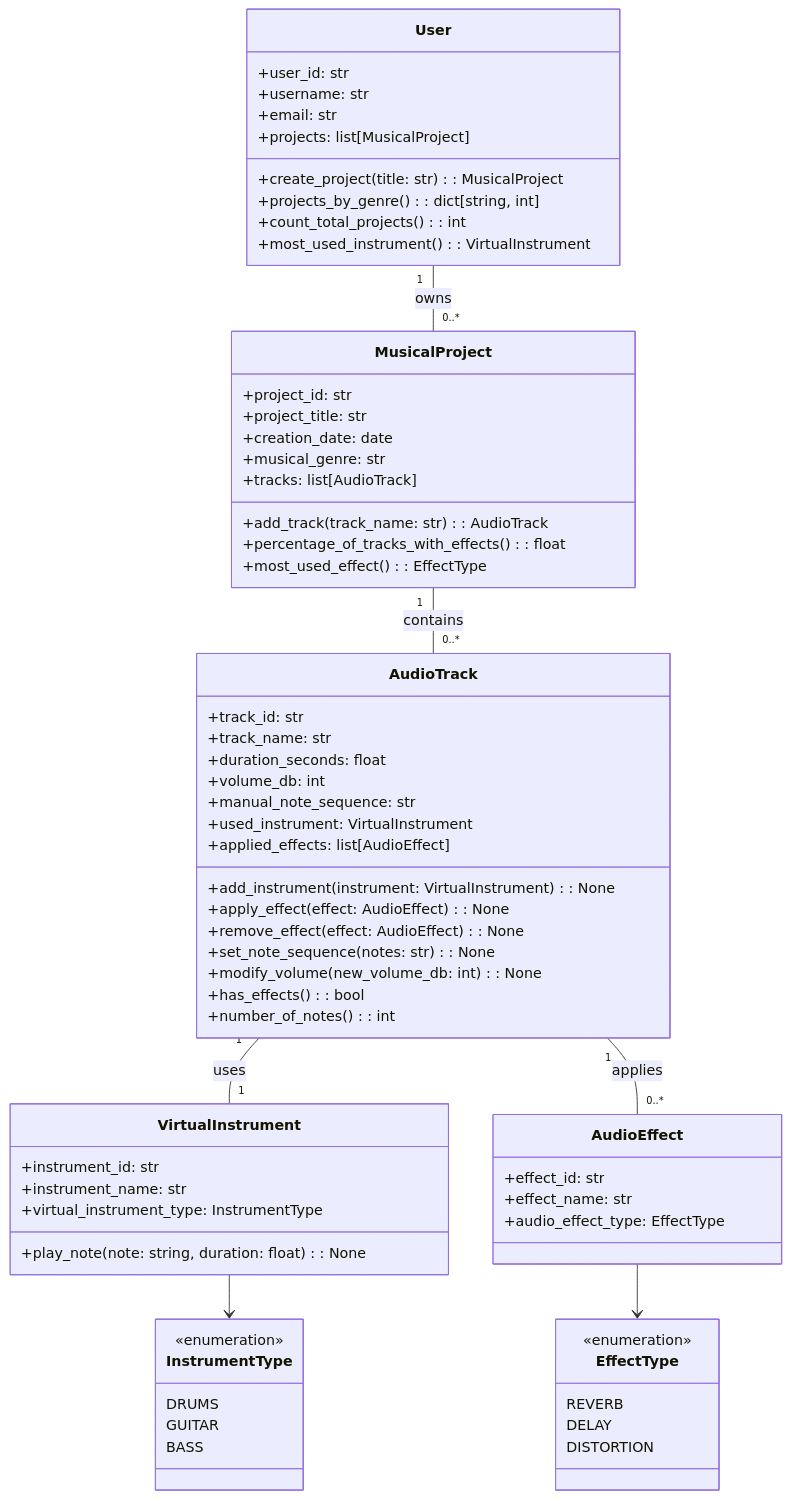
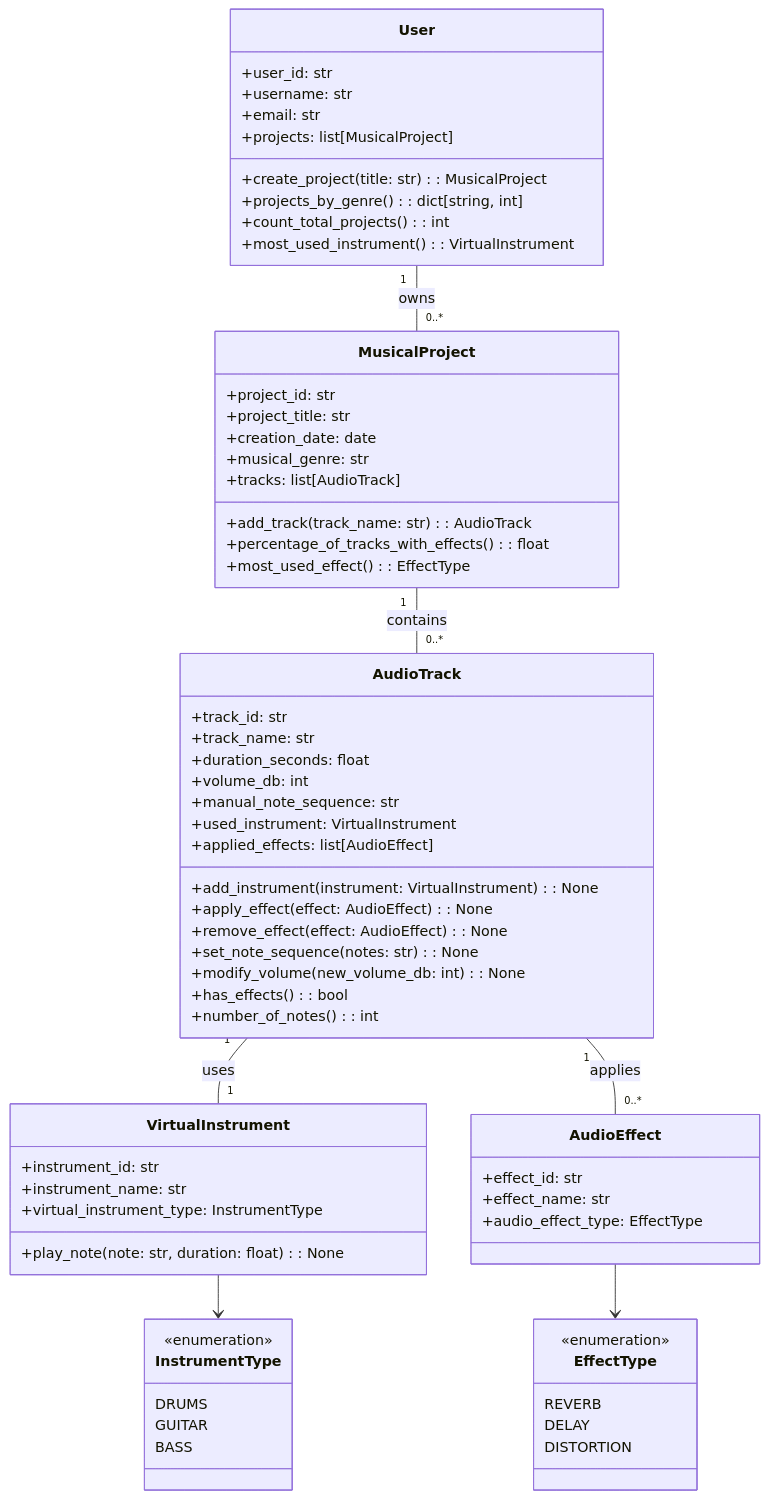
The diagram in Computer_science/New_Python_exercises/Exercises_with_MarmaidJS/Pontellini_034.mmd (LucaPontellini/Homepage), drawn with Mermaid before and after one commit. The commit also changed 1 other file, not shown here.

```diff
--- a/Computer_science/New_Python_exercises/Exercises_with_MarmaidJS/Pontellini_034.mmd
+++ b/Computer_science/New_Python_exercises/Exercises_with_MarmaidJS/Pontellini_034.mmd
@@ -1,73 +1,73 @@
 classDiagram
     class User {
         +user_id: str
         +username: str
         +email: str
         +projects: list[MusicalProject] 
         +create_project(title: str): MusicalProject
         +projects_by_genre(): dict[string, int]
         +count_total_projects(): int
         +most_used_instrument(): VirtualInstrument
     }
 
     class MusicalProject {
         +project_id: str
         +project_title: str
         +creation_date: date 
         +musical_genre: str
         +tracks: list[AudioTrack]
         +add_track(track_name: str): AudioTrack
         +percentage_of_tracks_with_effects(): float
         +most_used_effect(): EffectType
     }
 
     class AudioTrack {
         +track_id: str
         +track_name: str
         +duration_seconds: float
         +volume_db: int
         +manual_note_sequence: str
         +used_instrument: VirtualInstrument 
         +applied_effects: list[AudioEffect] 
         +add_instrument(instrument: VirtualInstrument): None
         +apply_effect(effect: AudioEffect): None
         +remove_effect(effect: AudioEffect): None
         +set_note_sequence(notes: str): None
         +modify_volume(new_volume_db: int): None
         +has_effects(): bool
         +number_of_notes(): int
     }
 
     class VirtualInstrument {
         +instrument_id: str
         +instrument_name: str
         +virtual_instrument_type: InstrumentType
-        +play_note(note: string, duration: float): None
+        +play_note(note: str, duration: float): None
     }
 
     class AudioEffect {
         +effect_id: str
         +effect_name: str
         +audio_effect_type: EffectType
     }
 
     class InstrumentType {
         <<enumeration>>
         DRUMS
         GUITAR
         BASS
     }
 
     class EffectType {
         <<enumeration>>
         REVERB
         DELAY
         DISTORTION
     }
 
     User "1" -- "0..*" MusicalProject : owns
     MusicalProject "1" -- "0..*" AudioTrack : contains
     AudioTrack "1" -- "1" VirtualInstrument : uses
     AudioTrack "1" -- "0..*" AudioEffect : applies
     VirtualInstrument --> InstrumentType
     AudioEffect --> EffectType
```
